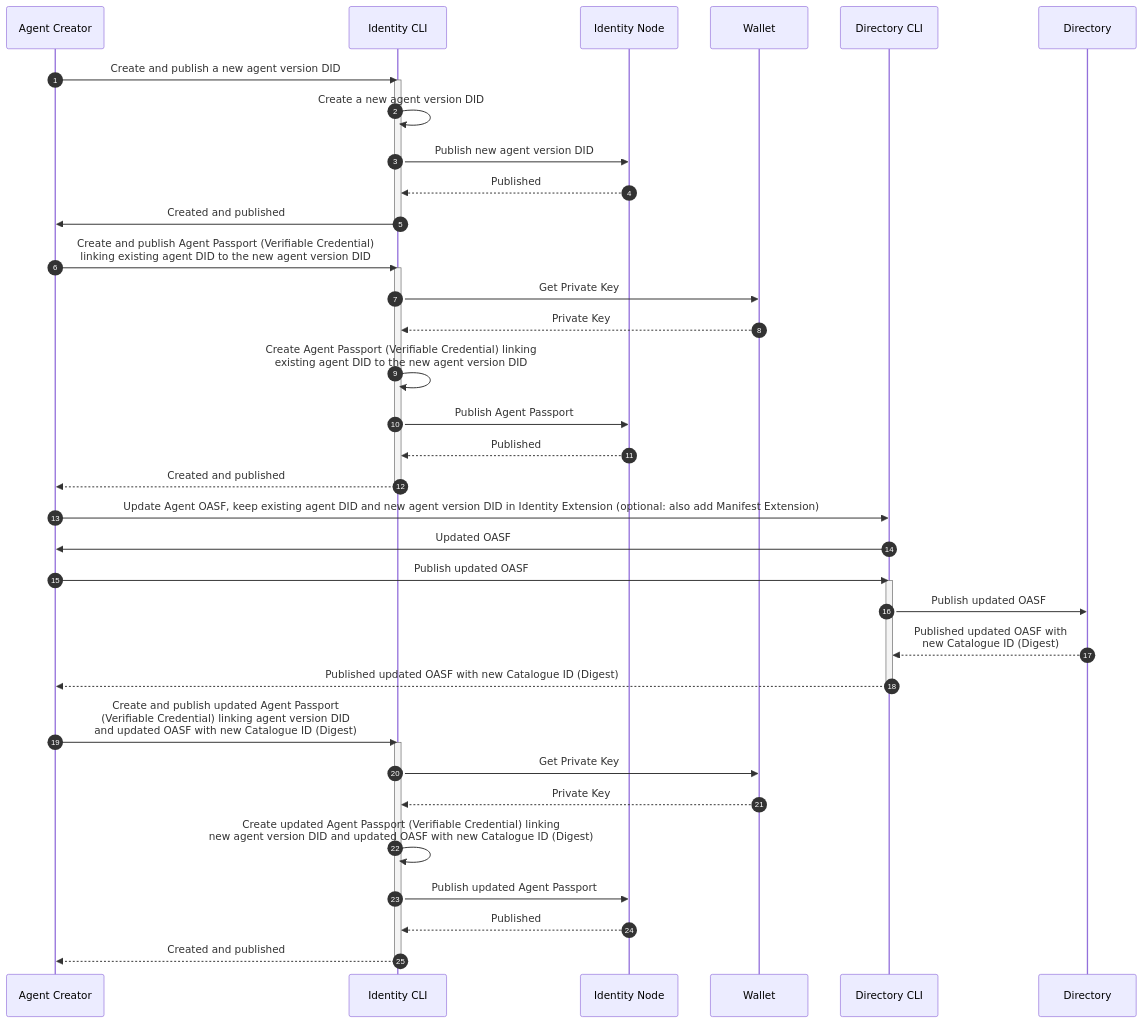
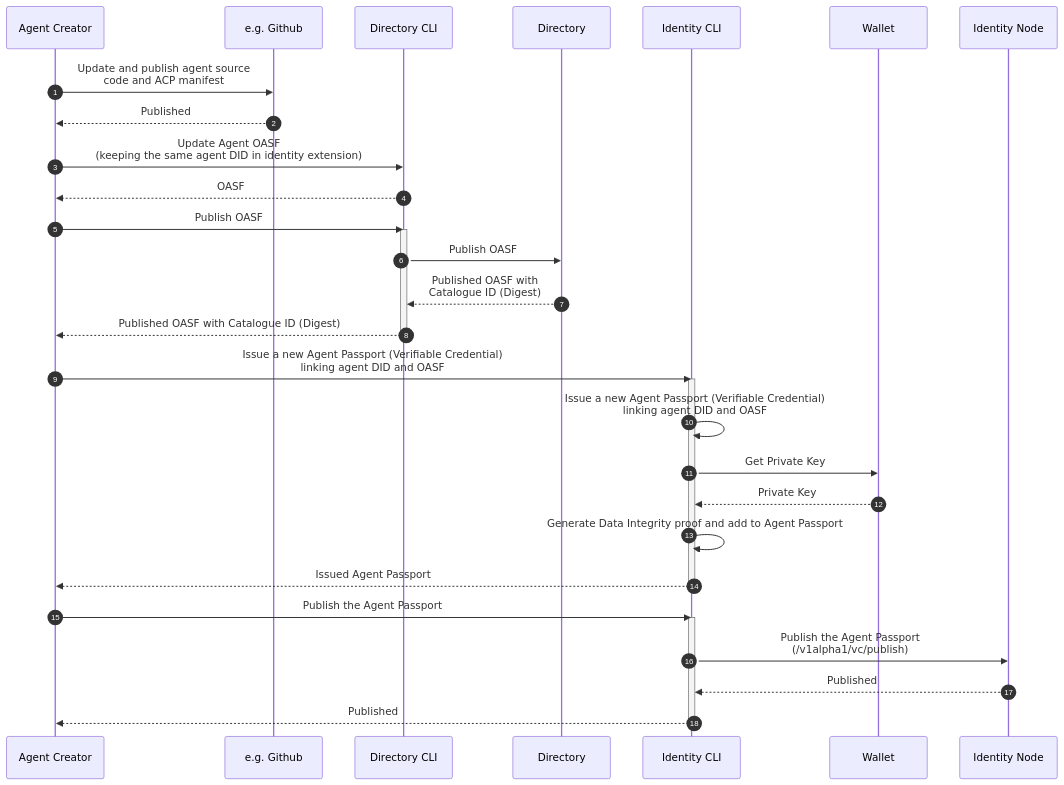
Before and after one commit to agntcy/identity-spec: the second of 4 diagrams in docs-src/docs/specs/flows/agntcy.md, drawn with Mermaid. The commit also changed other lines of this file and 1 other file, not shown here.

Commit message:
doc(seq): introduced a new version of the agntcy seq flows

````diff
--- a/docs-src/docs/specs/flows/agntcy.md
+++ b/docs-src/docs/specs/flows/agntcy.md
@@ -72,48 +64,38 @@
 ```mermaid
 sequenceDiagram
 autonumber
 
-% Create a new agent version DID
-Agent Creator->>Identity CLI: Create and publish a new agent version DID
+% Update an existing agent
+Agent Creator->>e.g. Github: Update and publish agent source<br/>code and ACP manifest
+e.g. Github-->>Agent Creator: Published
+
+% Update the agent's OASF
+Agent Creator->>Directory CLI: Update Agent OASF<br/>(keeping the same agent DID in identity extension)
+Directory CLI-->>Agent Creator: OASF
+
+% Publish agent OASF
+Agent Creator->>Directory CLI: Publish OASF
+activate Directory CLI
+Directory CLI->>Directory: Publish OASF
+Directory-->>Directory CLI: Published OASF with<br/>Catalogue ID (Digest)
+Directory CLI-->>Agent Creator: Published OASF with Catalogue ID (Digest)
+deactivate Directory CLI
+
+% Create a new Verifiable Credential linking agent DID + OASF
+Agent Creator->>Identity CLI: Issue a new Agent Passport (Verifiable Credential)<br/>linking agent DID and OASF
 activate Identity CLI
-Identity CLI->>Identity CLI: Create a new agent version DID
-Identity CLI->>Identity Node: Publish new agent version DID
-Identity Node-->>Identity CLI: Published
-Identity CLI->>Agent Creator: Created and published
+Identity CLI->>Identity CLI: Issue a new Agent Passport (Verifiable Credential)<br/>linking agent DID and OASF
+Identity CLI->>Wallet: Get Private Key
+Wallet-->>Identity CLI: Private Key
+Identity CLI->>Identity CLI: Generate Data Integrity proof and add to Agent Passport
+Identity CLI-->>Agent Creator: Issued Agent Passport
 deactivate Identity CLI
 
-% Create + publish a Verifiable Credential linking the agent to the new agent version
-Agent Creator->>Identity CLI: Create and publish Agent Passport (Verifiable Credential)<br/>linking existing agent DID to the new agent version DID
+% Publish the Verifiable Credential
+Agent Creator->>Identity CLI: Publish the Agent Passport
 activate Identity CLI
-Identity CLI->>Wallet: Get Private Key
-Wallet-->>Identity CLI: Private Key
-Identity CLI->>Identity CLI: Create Agent Passport (Verifiable Credential) linking<br/>existing agent DID to the new agent version DID
-Identity CLI->>Identity Node: Publish Agent Passport
+Identity CLI->>Identity Node: Publish the Agent Passport<br/>(/v1alpha1/vc/publish)
 Identity Node-->>Identity CLI: Published
-Identity CLI-->>Agent Creator: Created and published
-deactivate Identity CLI
-
-% Update the agent's OASF
-Agent Creator->>Directory CLI: Update Agent OASF, keep existing agent DID and new agent version DID in Identity Extension (optional: also add Manifest Extension)
-Directory CLI->>Agent Creator: Updated OASF
-
-% Publish updated agent OASF
-Agent Creator->>Directory CLI: Publish updated OASF
-activate Directory CLI
-Directory CLI->>Directory: Publish updated OASF
-Directory-->>Directory CLI: Published updated OASF with<br/>new Catalogue ID (Digest)
-Directory CLI-->>Agent Creator: Published updated OASF with new Catalogue ID (Digest)
-deactivate Directory CLI
-
-% Publish updated Verifiable Credential
-
-Agent Creator->>Identity CLI: Create and publish updated Agent Passport<br/>(Verifiable Credential) linking agent version DID<br/>and updated OASF with new Catalogue ID (Digest)
-activate Identity CLI
-Identity CLI->>Wallet: Get Private Key
-Wallet-->>Identity CLI: Private Key
-Identity CLI->>Identity CLI: Create updated Agent Passport (Verifiable Credential) linking<br/>new agent version DID and updated OASF with new Catalogue ID (Digest)
-Identity CLI->>Identity Node: Publish updated Agent Passport
-Identity Node-->>Identity CLI: Published
-Identity CLI-->>Agent Creator: Created and published
+Identity CLI-->>Agent Creator: Published
 deactivate Identity CLI
 ```
````
